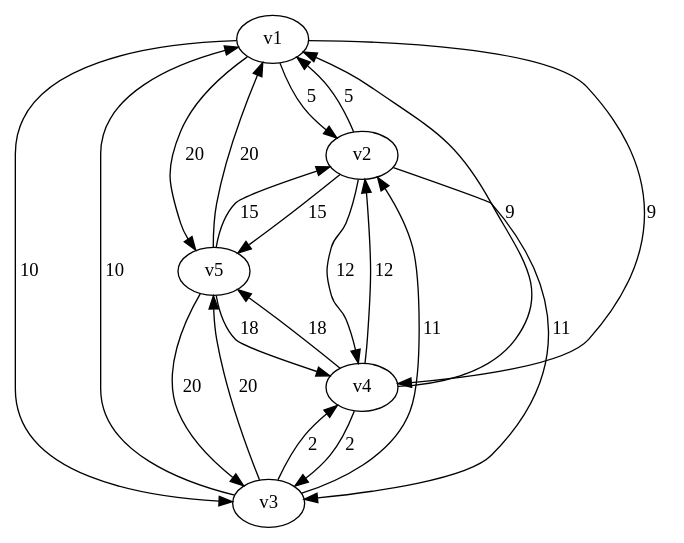
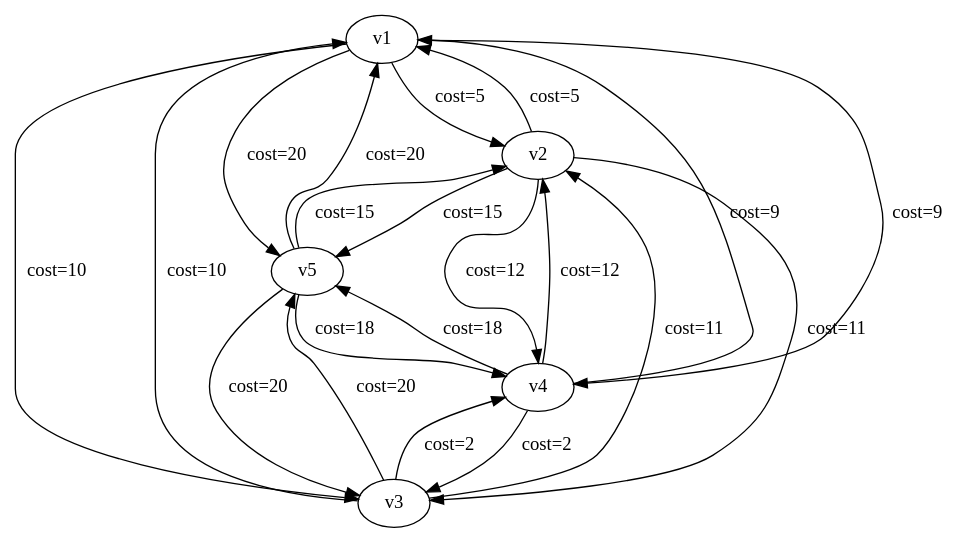
Before and after one commit to MaxPower9001/B-AI3GKAP: the diagram in io/graph_11.dot, drawn with Graphviz. The commit also changed 20 other files, not shown here.

```diff
--- a/io/graph_11.dot
+++ b/io/graph_11.dot
@@ -1,28 +1,28 @@
 digraph graph_11
 {
 v1
 v2
 v3
 v4
 v5
-v1 -> v2 [label="5  "]
-v1 -> v3 [label="10  "]
-v1 -> v4 [label="9  "]
-v1 -> v5 [label="20  "]
-v2 -> v1 [label="5  "]
-v2 -> v3 [label="11  "]
-v2 -> v4 [label="12  "]
-v2 -> v5 [label="15  "]
-v3 -> v1 [label="10  "]
-v3 -> v2 [label="11  "]
-v3 -> v4 [label="2  "]
-v3 -> v5 [label="20  "]
-v4 -> v1 [label="9  "]
-v4 -> v2 [label="12  "]
-v4 -> v3 [label="2  "]
-v4 -> v5 [label="18  "]
-v5 -> v1 [label="20  "]
-v5 -> v2 [label="15  "]
-v5 -> v3 [label="20  "]
-v5 -> v4 [label="18  "]
+v1 -> v2 [label="cost=5  "]
+v1 -> v3 [label="cost=10  "]
+v1 -> v4 [label="cost=9  "]
+v1 -> v5 [label="cost=20  "]
+v2 -> v1 [label="cost=5  "]
+v2 -> v3 [label="cost=11  "]
+v2 -> v4 [label="cost=12  "]
+v2 -> v5 [label="cost=15  "]
+v3 -> v1 [label="cost=10  "]
+v3 -> v2 [label="cost=11  "]
+v3 -> v4 [label="cost=2  "]
+v3 -> v5 [label="cost=20  "]
+v4 -> v1 [label="cost=9  "]
+v4 -> v2 [label="cost=12  "]
+v4 -> v3 [label="cost=2  "]
+v4 -> v5 [label="cost=18  "]
+v5 -> v1 [label="cost=20  "]
+v5 -> v2 [label="cost=15  "]
+v5 -> v3 [label="cost=20  "]
+v5 -> v4 [label="cost=18  "]
 }
```
